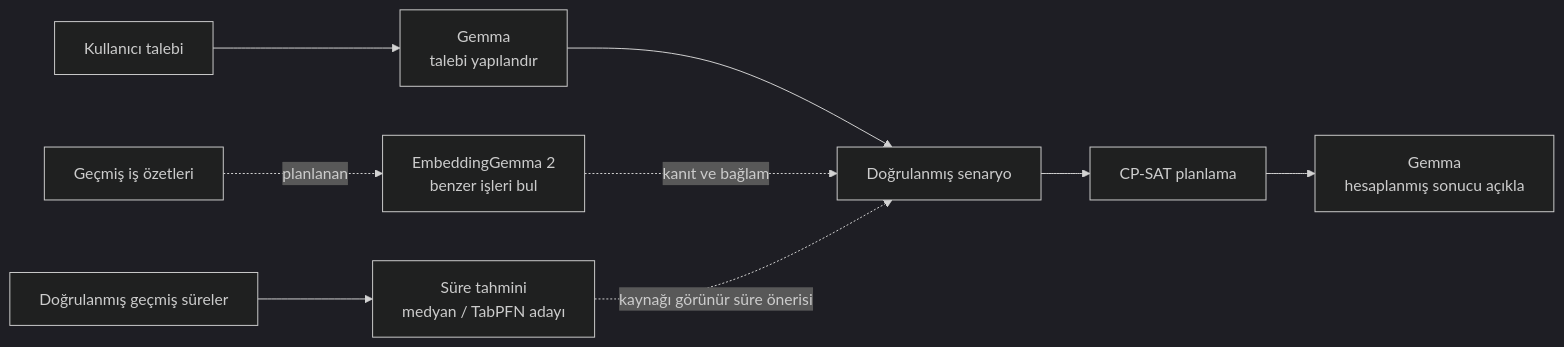
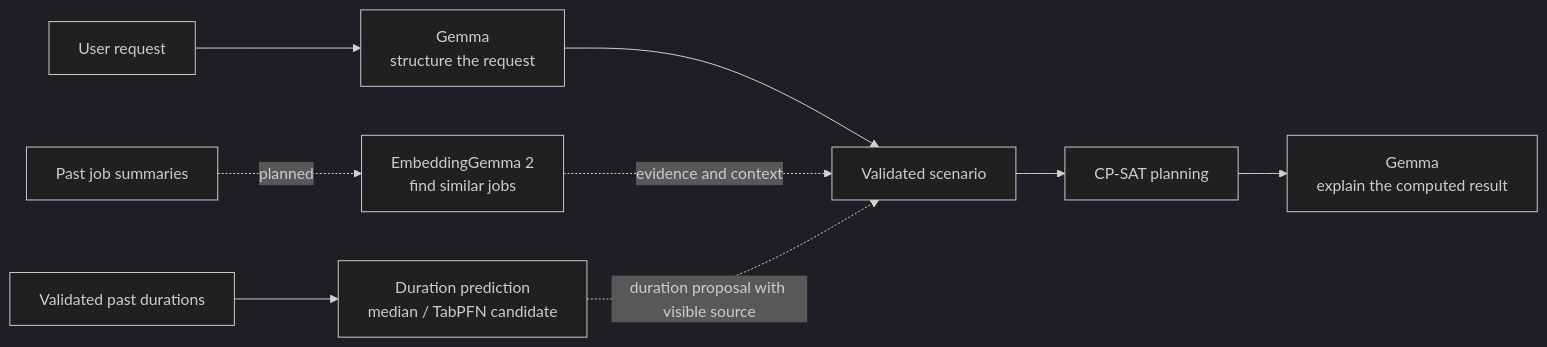
Before and after one commit to atakhanyilmaz/PickWise: the second of 5 diagrams in README.md, drawn with Mermaid (dark theme). The commit also changed other lines of this file, not shown here.

````diff
--- a/README.md
+++ b/README.md
@@ -89,11 +92,11 @@
 ```mermaid
 flowchart LR
-    U["Kullanıcı talebi"] --> GM["Gemma<br/>talebi yapılandır"]
-    H["Geçmiş iş özetleri"] -.->|"planlanan"| EG["EmbeddingGemma 2<br/>benzer işleri bul"]
-    D["Doğrulanmış geçmiş süreler"] --> ML["Süre tahmini<br/>medyan / TabPFN adayı"]
-    GM --> SC["Doğrulanmış senaryo"]
-    EG -.->|"kanıt ve bağlam"| SC
-    ML -.->|"kaynağı görünür süre önerisi"| SC
-    SC --> CP["CP-SAT planlama"]
-    CP --> EX["Gemma<br/>hesaplanmış sonucu açıkla"]
+    U["User request"] --> GM["Gemma<br/>structure the request"]
+    H["Past job summaries"] -.->|"planned"| EG["EmbeddingGemma 2<br/>find similar jobs"]
+    D["Validated past durations"] --> ML["Duration prediction<br/>median / TabPFN candidate"]
+    GM --> SC["Validated scenario"]
+    EG -.->|"evidence and context"| SC
+    ML -.->|"duration proposal with visible source"| SC
+    SC --> CP["CP-SAT planning"]
+    CP --> EX["Gemma<br/>explain the computed result"]
 ```
````
